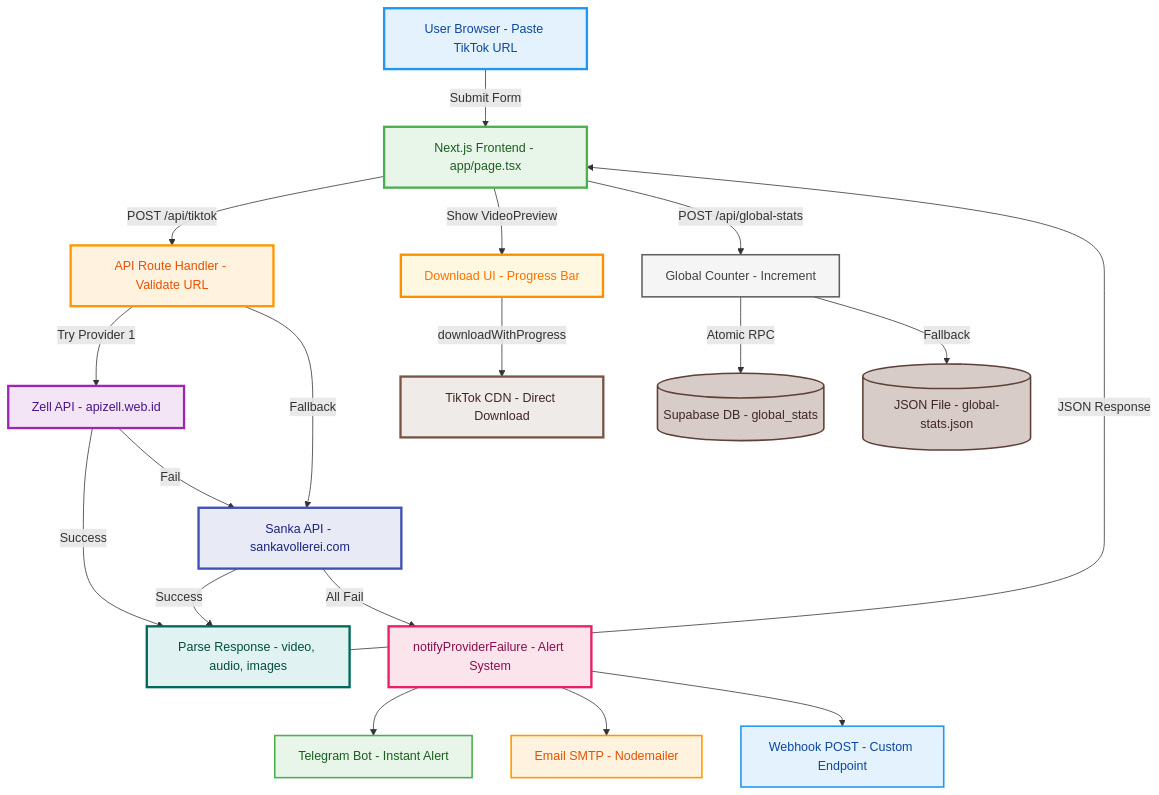
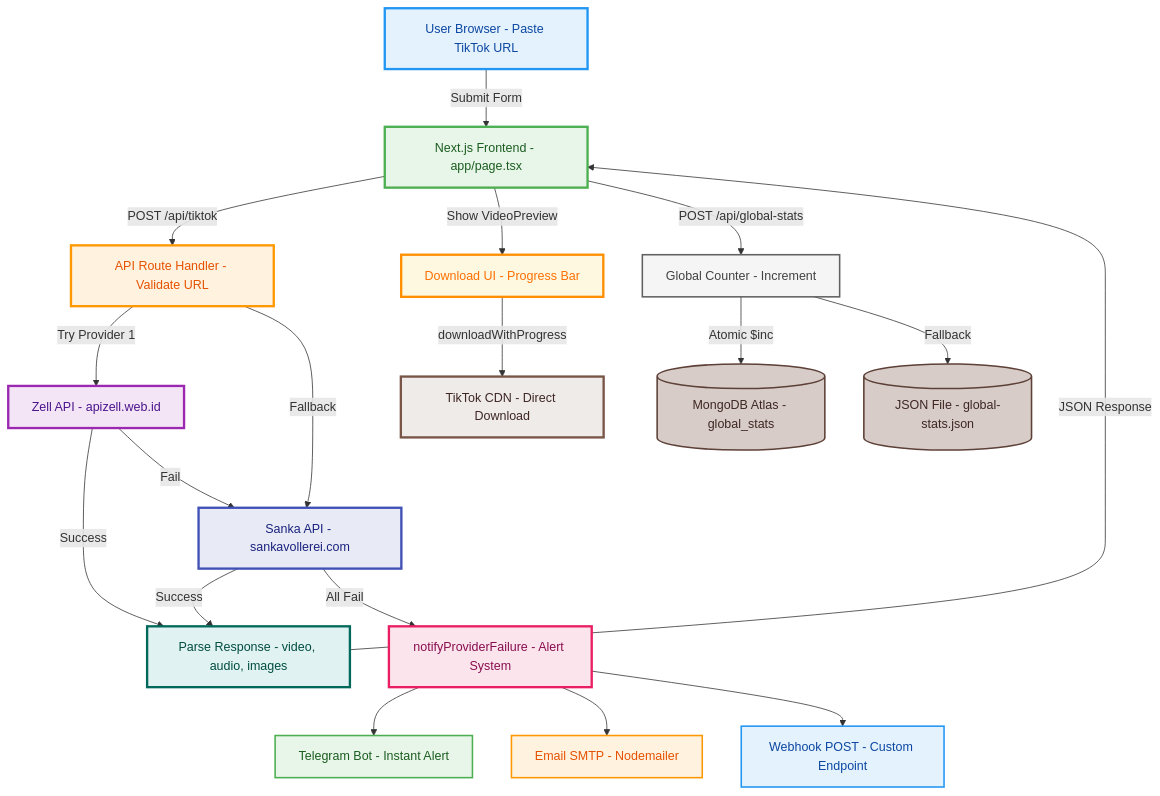
Before and after one commit to jundy779/FusionTik: the first of 6 diagrams in README.md, drawn with Mermaid. The commit also changed other lines of this file and 11 other files, not shown here.

First line of the commit message:
Migrate global download counter from Supabase to MongoDB Atlas.

````diff
--- a/README.md
+++ b/README.md
@@ -75,36 +75,36 @@
 ```mermaid
 graph TD
     A["User Browser - Paste TikTok URL"] -->|Submit Form| B["Next.js Frontend - app/page.tsx"]
     B -->|POST /api/tiktok| C["API Route Handler - Validate URL"]
     C -->|Try Provider 1| D["Zell API - apizell.web.id"]
     C -->|Fallback| E["Sanka API - sankavollerei.com"]
     D -->|Success| F["Parse Response - video, audio, images"]
     E -->|Success| F
     D -->|Fail| E
     E -->|All Fail| G["notifyProviderFailure - Alert System"]
     G --> H["Telegram Bot - Instant Alert"]
     G --> I["Email SMTP - Nodemailer"]
     G --> J["Webhook POST - Custom Endpoint"]
     F -->|JSON Response| B
     B -->|Show VideoPreview| K["Download UI - Progress Bar"]
     K -->|downloadWithProgress| L["TikTok CDN - Direct Download"]
     B -->|POST /api/global-stats| M["Global Counter - Increment"]
-    M -->|Atomic RPC| N[("Supabase DB - global_stats")]
+    M -->|Atomic $inc| N[("MongoDB Atlas - global_stats")]
     M -->|Fallback| O[("JSON File - global-stats.json")]
 
     style A fill:#e3f2fd,stroke:#2196f3,stroke-width:3px,color:#0d47a1
     style B fill:#e8f5e9,stroke:#4caf50,stroke-width:3px,color:#1b5e20
     style C fill:#fff3e0,stroke:#ff9800,stroke-width:3px,color:#e65100
     style D fill:#f3e5f5,stroke:#9c27b0,stroke-width:3px,color:#4a148c
     style E fill:#e8eaf6,stroke:#3f51b5,stroke-width:3px,color:#1a237e
     style F fill:#e0f2f1,stroke:#00695c,stroke-width:3px,color:#004d40
     style G fill:#fce4ec,stroke:#e91e63,stroke-width:3px,color:#880e4f
     style H fill:#e8f5e9,stroke:#4caf50,stroke-width:2px,color:#1b5e20
     style I fill:#fff3e0,stroke:#ff9800,stroke-width:2px,color:#e65100
     style J fill:#e3f2fd,stroke:#2196f3,stroke-width:2px,color:#0d47a1
     style K fill:#fff8e1,stroke:#ff8f00,stroke-width:3px,color:#ff6f00
     style L fill:#efebe9,stroke:#795548,stroke-width:3px,color:#3e2723
     style M fill:#f5f5f5,stroke:#616161,stroke-width:2px,color:#424242
     style N fill:#d7ccc8,stroke:#5d4037,stroke-width:2px,color:#3e2723
     style O fill:#d7ccc8,stroke:#5d4037,stroke-width:2px,color:#3e2723
 ```
````
